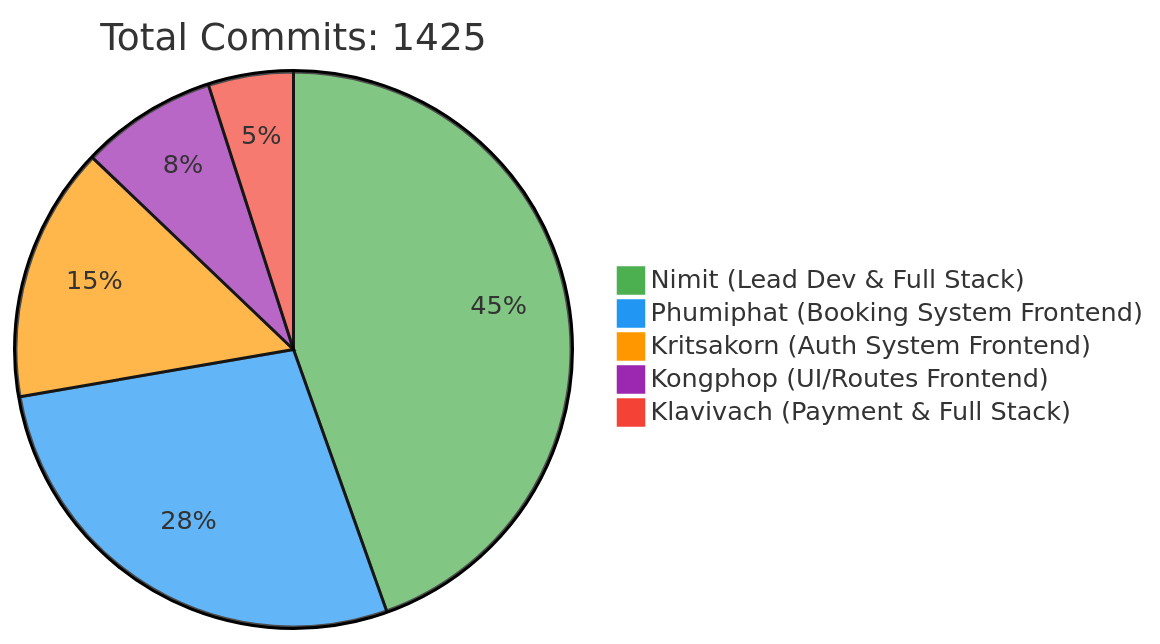
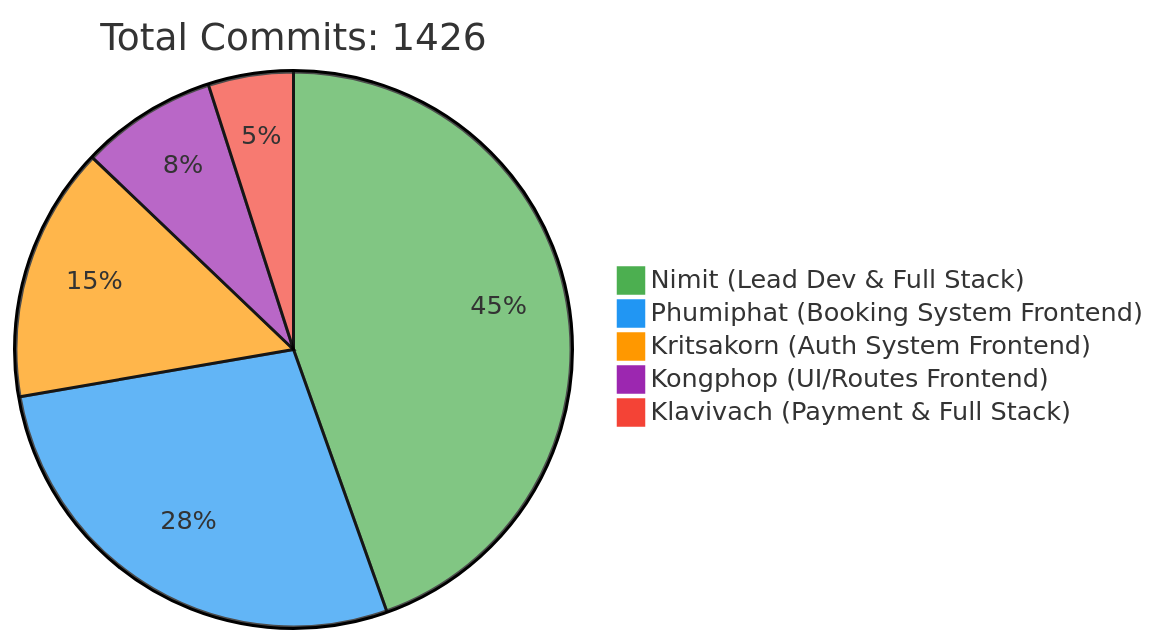
The first of 2 diagrams in README.md (6531503042/Sport-Complex), drawn with Mermaid before and after one commit. The commit also changed other lines of this file, not shown here.

Commit message:
docs: Update contributor statistics [skip ci]

````diff
--- a/README.md
+++ b/README.md
@@ -257,10 +257,10 @@
 ```mermaid
 %%{init: {'theme': 'base', 'themeVariables': { 'pie1': '#4CAF50', 'pie2': '#2196F3', 'pie3': '#FF9800', 'pie4': '#9C27B0', 'pie5': '#F44336'}}}%%
 pie
-    title Total Commits: 1425
+    title Total Commits: 1426
     "Nimit (Lead Dev & Full Stack)" : 450
     "Phumiphat (Booking System Frontend)" : 280
     "Kritsakorn (Auth System Frontend)" : 150
     "Kongphop (UI/Routes Frontend)" : 80
     "Klavivach (Payment & Full Stack)" : 50
 ```
````
